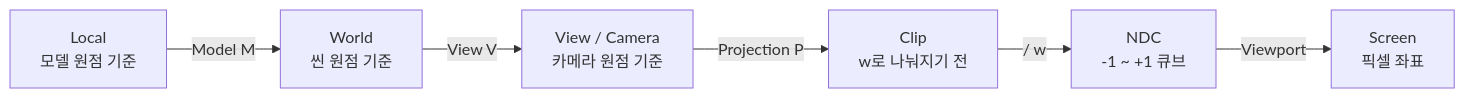
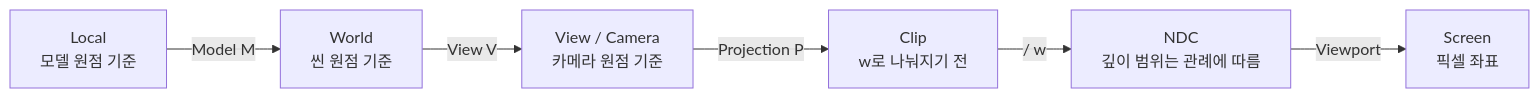
The first of 4 diagrams in math/part06_coordinate_systems.md (Rein-ArXiv/game-dev-curriculum), drawn with Mermaid before and after one commit. The commit also changed other lines of this file and 231 other files, not shown here.

````diff
--- a/math/part06_coordinate_systems.md
+++ b/math/part06_coordinate_systems.md
@@ -37,8 +37,8 @@
 ```mermaid
 flowchart LR
     Local[Local<br/>모델 원점 기준] -->|Model M| World[World<br/>씬 원점 기준]
     World -->|View V| View[View / Camera<br/>카메라 원점 기준]
     View -->|Projection P| Clip[Clip<br/>w로 나눠지기 전]
-    Clip -->|/ w| NDC[NDC<br/>-1 ~ +1 큐브]
+    Clip -->|/ w| NDC[NDC<br/>깊이 범위는 관례에 따름]
     NDC -->|Viewport| Screen[Screen<br/>픽셀 좌표]
 ```
````
